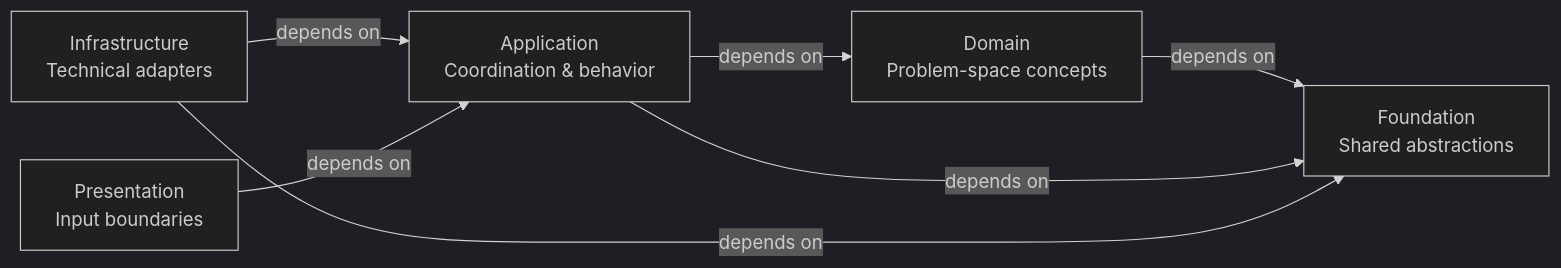
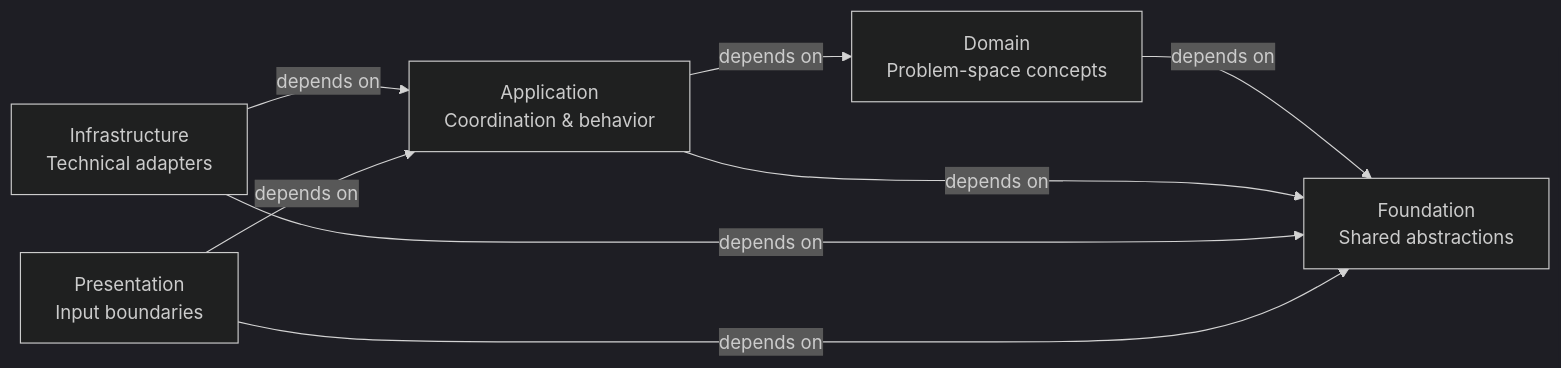
Before and after one commit to building-blocks-org/building_blocks: the diagram in docs/reference/index.md, drawn with Mermaid (dark theme).

Commit message:
docs(reference): add Presentation-to-Foundation dependency edge in block diagram

````diff
--- a/docs/reference/index.md
+++ b/docs/reference/index.md
@@ -17,9 +17,10 @@
 ```mermaid
 flowchart LR
     D[Domain<br/>Problem-space concepts] -->|depends on| F[Foundation<br/>Shared abstractions]
     A[Application<br/>Coordination & behavior] -->|depends on| D
     A -->|depends on| F
     I[Infrastructure<br/>Technical adapters] -->|depends on| A
     I -->|depends on| F
     P[Presentation<br/>Input boundaries] -->|depends on| A
+    P -->|depends on| F
 ```
````
